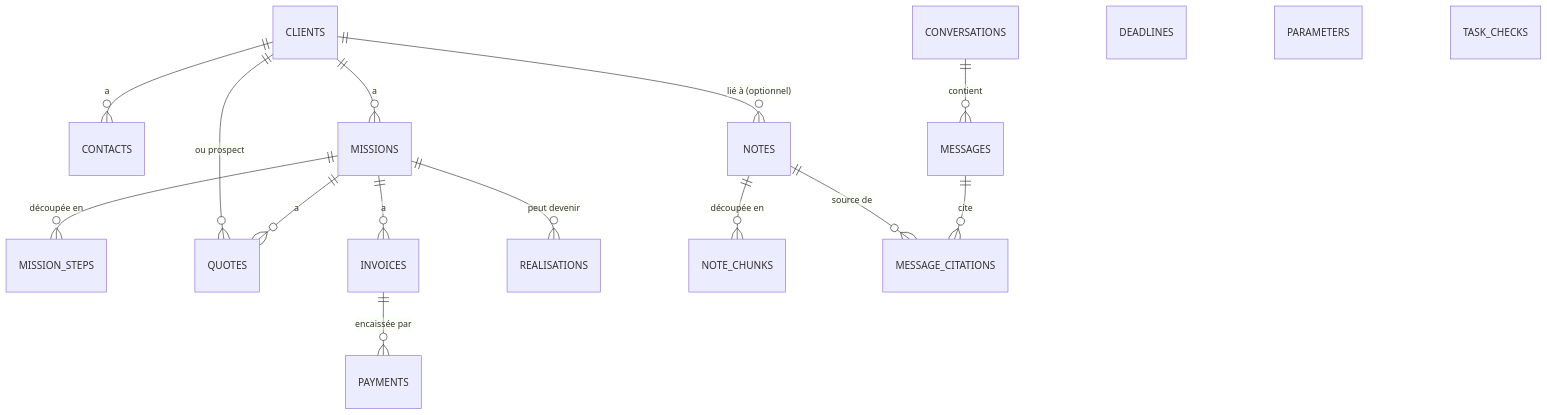
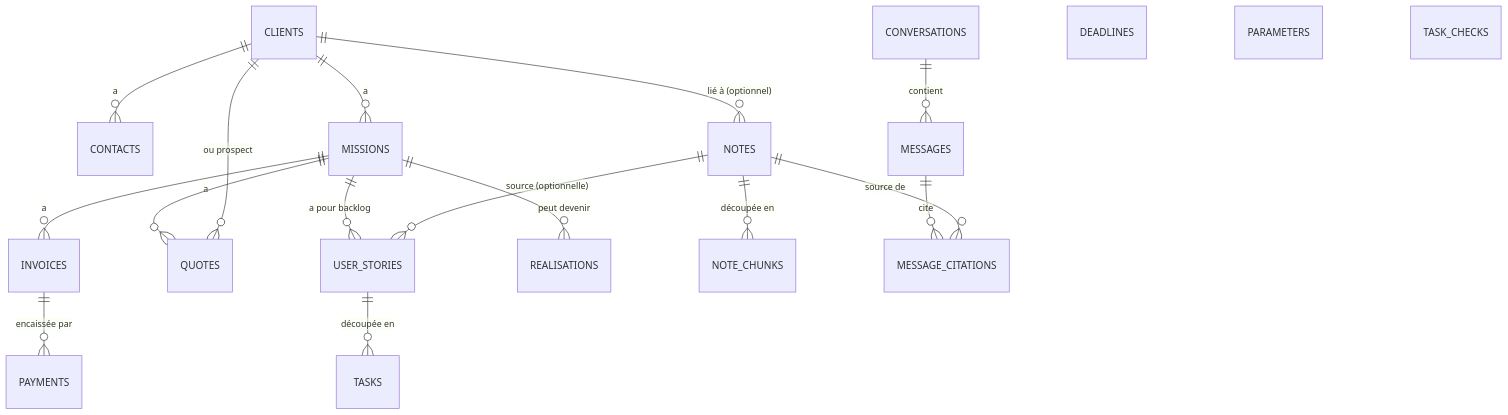
The third of 4 diagrams in _bmad-output/planning-artifacts/architecture/architecture-logmerry-2026-10-12/ARCHITECTURE-SPINE.md (alexpericat-dotcom/logmerry), drawn with Mermaid before and after one commit. The commit also changed other lines of this file and 6 other files, not shown here.

Commit message:
docs: coherence pass (PRD, addendum, architecture, UX, sprint plan, CLAUDE.md) for the agile missions, AI design helpers, prompt generation and themes

````diff
--- a/_bmad-output/planning-artifacts/architecture/architecture-logmerry-2026-10-12/ARCHITECTURE-SPINE.md
+++ b/_bmad-output/planning-artifacts/architecture/architecture-logmerry-2026-10-12/ARCHITECTURE-SPINE.md
@@ -158,19 +159,21 @@
 ```mermaid
 erDiagram
   CLIENTS ||--o{ CONTACTS : a
   CLIENTS ||--o{ MISSIONS : a
   CLIENTS ||--o{ NOTES : "lié à (optionnel)"
-  MISSIONS ||--o{ MISSION_STEPS : "découpée en"
+  MISSIONS ||--o{ USER_STORIES : "a pour backlog"
+  USER_STORIES ||--o{ TASKS : "découpée en"
+  NOTES ||--o{ USER_STORIES : "source (optionnelle)"
   MISSIONS ||--o{ QUOTES : a
   CLIENTS ||--o{ QUOTES : "ou prospect"
   MISSIONS ||--o{ INVOICES : a
   INVOICES ||--o{ PAYMENTS : "encaissée par"
   MISSIONS ||--o{ REALISATIONS : "peut devenir"
   NOTES ||--o{ NOTE_CHUNKS : "découpée en"
   CONVERSATIONS ||--o{ MESSAGES : contient
   MESSAGES ||--o{ MESSAGE_CITATIONS : cite
   NOTES ||--o{ MESSAGE_CITATIONS : "source de"
   DEADLINES
   PARAMETERS
   TASK_CHECKS
 ```
````
